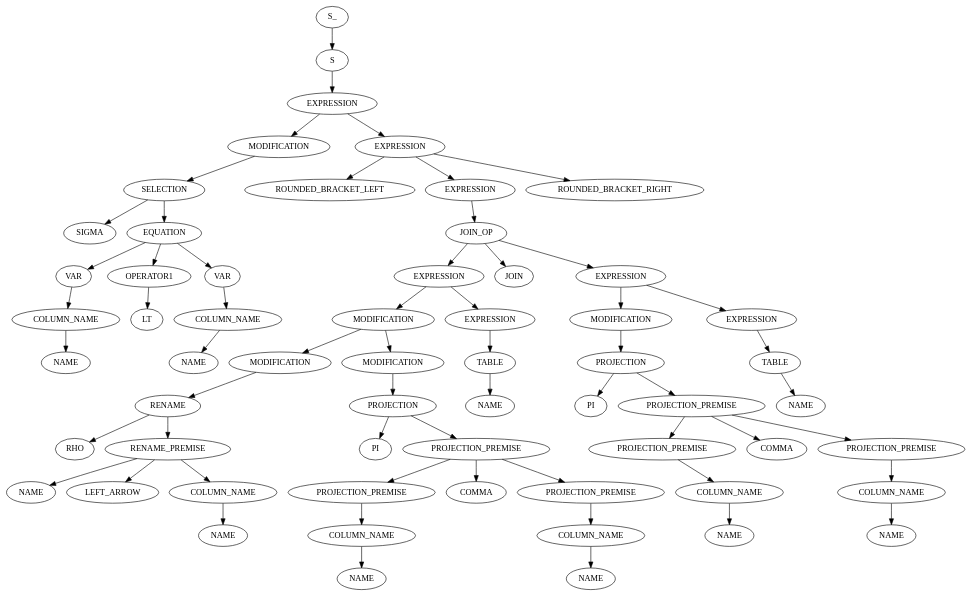
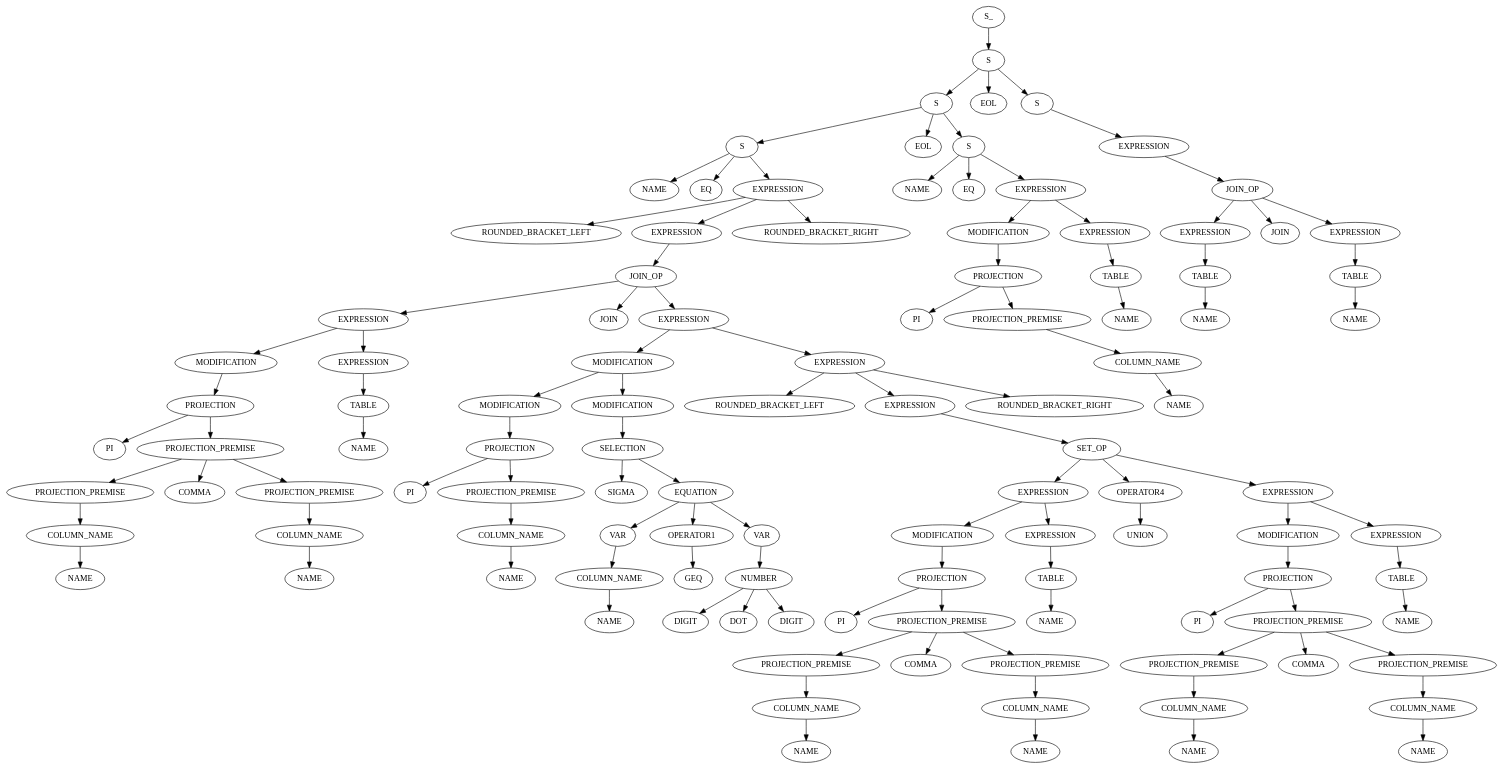
The diagram in output/out.dot (RobbeNooyens/RATSQL), drawn with Graphviz before and after one commit. The commit also changed 6 other files, not shown here.

```diff
--- a/output/out.dot
+++ b/output/out.dot
@@ -3,119 +3,221 @@
   0 -> 1
   1 [label="S"];
   1 -> 2
-  2 [label="EXPRESSION"];
+  2 [label="S"];
   2 -> 3
-  3 [label="MODIFICATION"];
+  3 [label="S"];
   3 -> 4
-  4 [label="SELECTION"];
-  4 -> 5
-  5 [label="SIGMA"];
-  4 -> 6
-  6 [label="EQUATION"];
+  4 [label="NAME"];
+  3 -> 5
+  5 [label="EQ"];
+  3 -> 6
+  6 [label="EXPRESSION"];
   6 -> 7
-  7 [label="VAR"];
-  7 -> 8
-  8 [label="COLUMN_NAME"];
+  7 [label="ROUNDED_BRACKET_LEFT"];
+  6 -> 8
+  8 [label="EXPRESSION"];
   8 -> 9
-  9 [label="NAME"];
-  6 -> 10
-  10 [label="OPERATOR1"];
+  9 [label="JOIN_OP"];
+  9 -> 10
+  10 [label="EXPRESSION"];
   10 -> 11
-  11 [label="LT"];
-  6 -> 12
-  12 [label="VAR"];
+  11 [label="MODIFICATION"];
+  11 -> 12
+  12 [label="PROJECTION"];
   12 -> 13
-  13 [label="COLUMN_NAME"];
-  13 -> 14
-  14 [label="NAME"];
-  2 -> 15
-  15 [label="EXPRESSION"];
+  13 [label="PI"];
+  12 -> 14
+  14 [label="PROJECTION_PREMISE"];
+  14 -> 15
+  15 [label="PROJECTION_PREMISE"];
   15 -> 16
-  16 [label="ROUNDED_BRACKET_LEFT"];
-  15 -> 17
-  17 [label="EXPRESSION"];
-  17 -> 18
-  18 [label="JOIN_OP"];
-  18 -> 19
-  19 [label="EXPRESSION"];
+  16 [label="COLUMN_NAME"];
+  16 -> 17
+  17 [label="NAME"];
+  14 -> 18
+  18 [label="COMMA"];
+  14 -> 19
+  19 [label="PROJECTION_PREMISE"];
   19 -> 20
-  20 [label="MODIFICATION"];
+  20 [label="COLUMN_NAME"];
   20 -> 21
-  21 [label="MODIFICATION"];
-  21 -> 22
-  22 [label="RENAME"];
+  21 [label="NAME"];
+  10 -> 22
+  22 [label="EXPRESSION"];
   22 -> 23
-  23 [label="RHO"];
-  22 -> 24
-  24 [label="RENAME_PREMISE"];
-  24 -> 25
-  25 [label="NAME"];
-  24 -> 26
-  26 [label="LEFT_ARROW"];
-  24 -> 27
-  27 [label="COLUMN_NAME"];
+  23 [label="TABLE"];
+  23 -> 24
+  24 [label="NAME"];
+  9 -> 25
+  25 [label="JOIN"];
+  9 -> 26
+  26 [label="EXPRESSION"];
+  26 -> 27
+  27 [label="MODIFICATION"];
   27 -> 28
-  28 [label="NAME"];
-  20 -> 29
-  29 [label="MODIFICATION"];
+  28 [label="MODIFICATION"];
+  28 -> 29
+  29 [label="PROJECTION"];
   29 -> 30
-  30 [label="PROJECTION"];
-  30 -> 31
-  31 [label="PI"];
-  30 -> 32
-  32 [label="PROJECTION_PREMISE"];
+  30 [label="PI"];
+  29 -> 31
+  31 [label="PROJECTION_PREMISE"];
+  31 -> 32
+  32 [label="COLUMN_NAME"];
   32 -> 33
-  33 [label="PROJECTION_PREMISE"];
-  33 -> 34
-  34 [label="COLUMN_NAME"];
+  33 [label="NAME"];
+  27 -> 34
+  34 [label="MODIFICATION"];
   34 -> 35
-  35 [label="NAME"];
-  32 -> 36
-  36 [label="COMMA"];
-  32 -> 37
-  37 [label="PROJECTION_PREMISE"];
+  35 [label="SELECTION"];
+  35 -> 36
+  36 [label="SIGMA"];
+  35 -> 37
+  37 [label="EQUATION"];
   37 -> 38
-  38 [label="COLUMN_NAME"];
+  38 [label="VAR"];
   38 -> 39
-  39 [label="NAME"];
-  19 -> 40
-  40 [label="EXPRESSION"];
-  40 -> 41
-  41 [label="TABLE"];
+  39 [label="COLUMN_NAME"];
+  39 -> 40
+  40 [label="NAME"];
+  37 -> 41
+  41 [label="OPERATOR1"];
   41 -> 42
-  42 [label="NAME"];
-  18 -> 43
-  43 [label="JOIN"];
-  18 -> 44
-  44 [label="EXPRESSION"];
+  42 [label="GEQ"];
+  37 -> 43
+  43 [label="VAR"];
+  43 -> 44
+  44 [label="NUMBER"];
   44 -> 45
-  45 [label="MODIFICATION"];
-  45 -> 46
-  46 [label="PROJECTION"];
-  46 -> 47
-  47 [label="PI"];
-  46 -> 48
-  48 [label="PROJECTION_PREMISE"];
+  45 [label="DIGIT"];
+  44 -> 46
+  46 [label="DOT"];
+  44 -> 47
+  47 [label="DIGIT"];
+  26 -> 48
+  48 [label="EXPRESSION"];
   48 -> 49
-  49 [label="PROJECTION_PREMISE"];
-  49 -> 50
-  50 [label="COLUMN_NAME"];
+  49 [label="ROUNDED_BRACKET_LEFT"];
+  48 -> 50
+  50 [label="EXPRESSION"];
   50 -> 51
-  51 [label="NAME"];
-  48 -> 52
-  52 [label="COMMA"];
-  48 -> 53
-  53 [label="PROJECTION_PREMISE"];
+  51 [label="SET_OP"];
+  51 -> 52
+  52 [label="EXPRESSION"];
+  52 -> 53
+  53 [label="MODIFICATION"];
   53 -> 54
-  54 [label="COLUMN_NAME"];
+  54 [label="PROJECTION"];
   54 -> 55
-  55 [label="NAME"];
-  44 -> 56
-  56 [label="EXPRESSION"];
+  55 [label="PI"];
+  54 -> 56
+  56 [label="PROJECTION_PREMISE"];
   56 -> 57
-  57 [label="TABLE"];
+  57 [label="PROJECTION_PREMISE"];
   57 -> 58
-  58 [label="NAME"];
-  15 -> 59
-  59 [label="ROUNDED_BRACKET_RIGHT"];
+  58 [label="COLUMN_NAME"];
+  58 -> 59
+  59 [label="NAME"];
+  56 -> 60
+  60 [label="COMMA"];
+  56 -> 61
+  61 [label="PROJECTION_PREMISE"];
+  61 -> 62
+  62 [label="COLUMN_NAME"];
+  62 -> 63
+  63 [label="NAME"];
+  52 -> 64
+  64 [label="EXPRESSION"];
+  64 -> 65
+  65 [label="TABLE"];
+  65 -> 66
+  66 [label="NAME"];
+  51 -> 67
+  67 [label="OPERATOR4"];
+  67 -> 68
+  68 [label="UNION"];
+  51 -> 69
+  69 [label="EXPRESSION"];
+  69 -> 70
+  70 [label="MODIFICATION"];
+  70 -> 71
+  71 [label="PROJECTION"];
+  71 -> 72
+  72 [label="PI"];
+  71 -> 73
+  73 [label="PROJECTION_PREMISE"];
+  73 -> 74
+  74 [label="PROJECTION_PREMISE"];
+  74 -> 75
+  75 [label="COLUMN_NAME"];
+  75 -> 76
+  76 [label="NAME"];
+  73 -> 77
+  77 [label="COMMA"];
+  73 -> 78
+  78 [label="PROJECTION_PREMISE"];
+  78 -> 79
+  79 [label="COLUMN_NAME"];
+  79 -> 80
+  80 [label="NAME"];
+  69 -> 81
+  81 [label="EXPRESSION"];
+  81 -> 82
+  82 [label="TABLE"];
+  82 -> 83
+  83 [label="NAME"];
+  48 -> 84
+  84 [label="ROUNDED_BRACKET_RIGHT"];
+  6 -> 85
+  85 [label="ROUNDED_BRACKET_RIGHT"];
+  2 -> 86
+  86 [label="EOL"];
+  2 -> 87
+  87 [label="S"];
+  87 -> 88
+  88 [label="NAME"];
+  87 -> 89
+  89 [label="EQ"];
+  87 -> 90
+  90 [label="EXPRESSION"];
+  90 -> 91
+  91 [label="MODIFICATION"];
+  91 -> 92
+  92 [label="PROJECTION"];
+  92 -> 93
+  93 [label="PI"];
+  92 -> 94
+  94 [label="PROJECTION_PREMISE"];
+  94 -> 95
+  95 [label="COLUMN_NAME"];
+  95 -> 96
+  96 [label="NAME"];
+  90 -> 97
+  97 [label="EXPRESSION"];
+  97 -> 98
+  98 [label="TABLE"];
+  98 -> 99
+  99 [label="NAME"];
+  1 -> 100
+  100 [label="EOL"];
+  1 -> 101
+  101 [label="S"];
+  101 -> 102
+  102 [label="EXPRESSION"];
+  102 -> 103
+  103 [label="JOIN_OP"];
+  103 -> 104
+  104 [label="EXPRESSION"];
+  104 -> 105
+  105 [label="TABLE"];
+  105 -> 106
+  106 [label="NAME"];
+  103 -> 107
+  107 [label="JOIN"];
+  103 -> 108
+  108 [label="EXPRESSION"];
+  108 -> 109
+  109 [label="TABLE"];
+  109 -> 110
+  110 [label="NAME"];
 }
```
